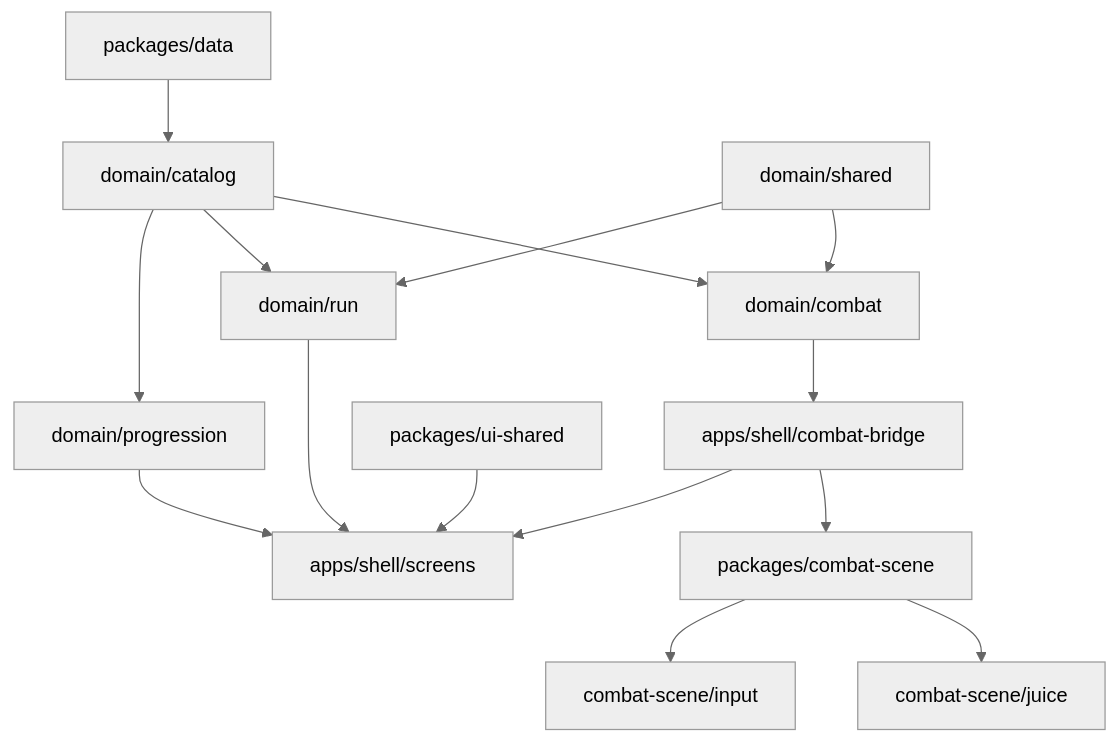
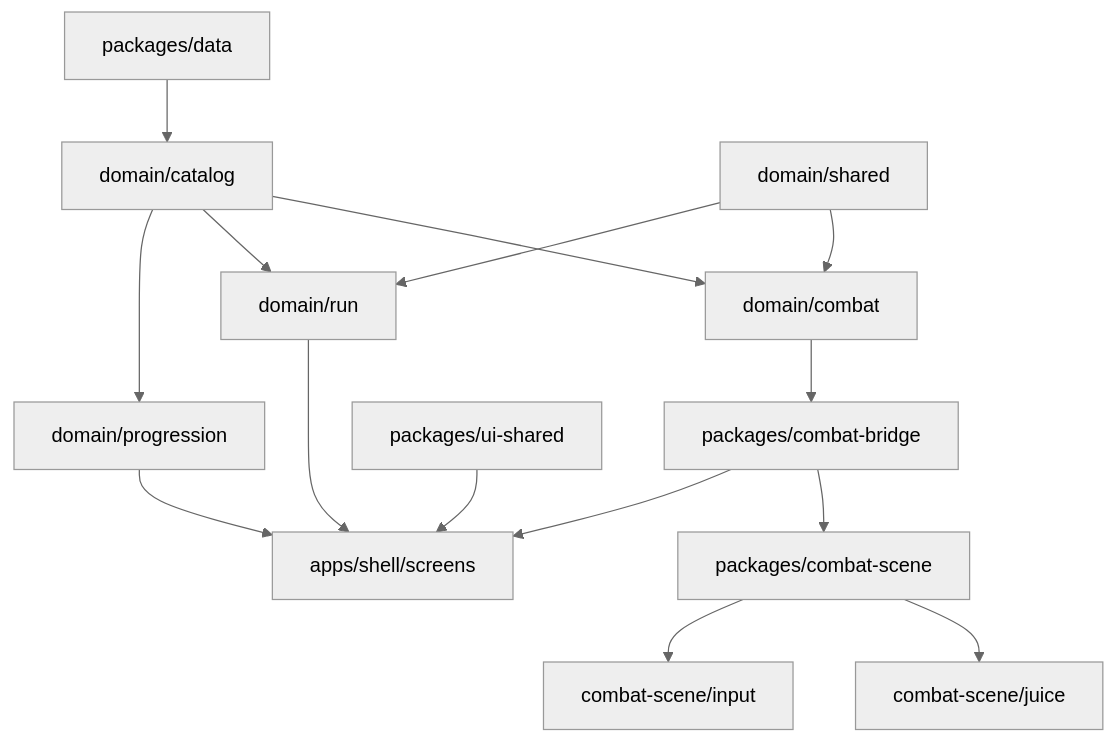
One commit to PabloDABernal/TheCardCollector changed the third of 3 diagrams in docs/architecture_stack.md. Above: the diagram before and after it, drawn with Mermaid (neutral theme). The commit also changed other lines of this file and 14 other files, not shown here.

First line of the commit message:
H2.3: CombatBridge (pub/sub entre engine y vistas)

````diff
--- a/docs/architecture_stack.md
+++ b/docs/architecture_stack.md
@@ -280,20 +296,20 @@
 ```mermaid
 graph TD
   data[packages/data] --> catalog[domain/catalog]
   catalog --> combatEngine[domain/combat]
   catalog --> runEngine[domain/run]
   catalog --> progression[domain/progression]
   shared[domain/shared] --> combatEngine
   shared --> runEngine
 
-  combatEngine --> bridge[apps/shell/combat-bridge]
+  combatEngine --> bridge[packages/combat-bridge]
   runEngine --> shellScreens[apps/shell/screens]
   progression --> shellScreens
 
   bridge --> combatScene[packages/combat-scene]
   bridge --> shellScreens
   combatScene --> juice[combat-scene/juice]
   combatScene --> input[combat-scene/input]
 
   uiShared[packages/ui-shared] --> shellScreens
 ```
````
